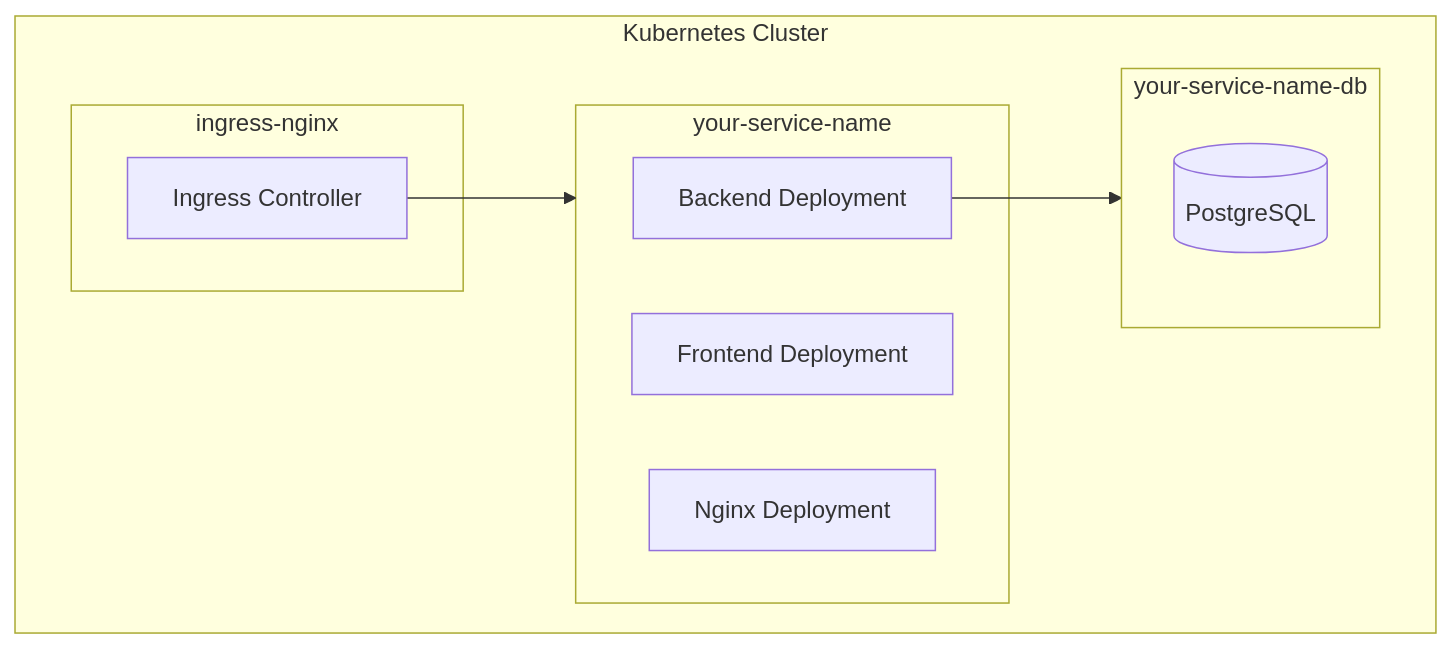
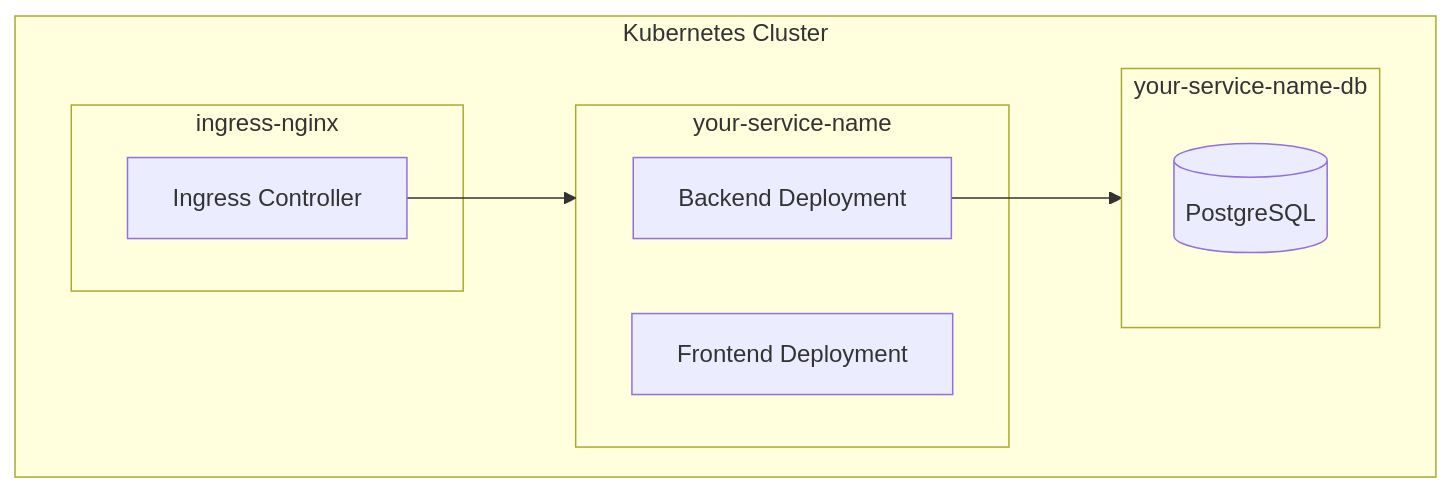
One commit to berserkhmdvhb/fullstack_template changed the fifth of 6 diagrams in wiki/architecture.md. Above: the diagram before and after it, drawn with Mermaid. The commit also changed other lines of this file and 24 other files, not shown here.

Commit message:
docs: describe the two-image architecture; the Next.js server serves its own assets

````diff
--- a/wiki/architecture.md
+++ b/wiki/architecture.md
@@ -152,21 +150,20 @@
 ```mermaid
 flowchart TB
     subgraph Cluster["Kubernetes Cluster"]
         subgraph IngressNS["ingress-nginx"]
             IC["Ingress Controller"]
         end
 
         subgraph AppNS["your-service-name"]
             BE["Backend Deployment"]
             FE["Frontend Deployment"]
-            NG["Nginx Deployment"]
         end
 
         subgraph DBNS["your-service-name-db"]
             PG[("PostgreSQL")]
         end
     end
 
     IC --> AppNS
     BE --> DBNS
 ```
````
